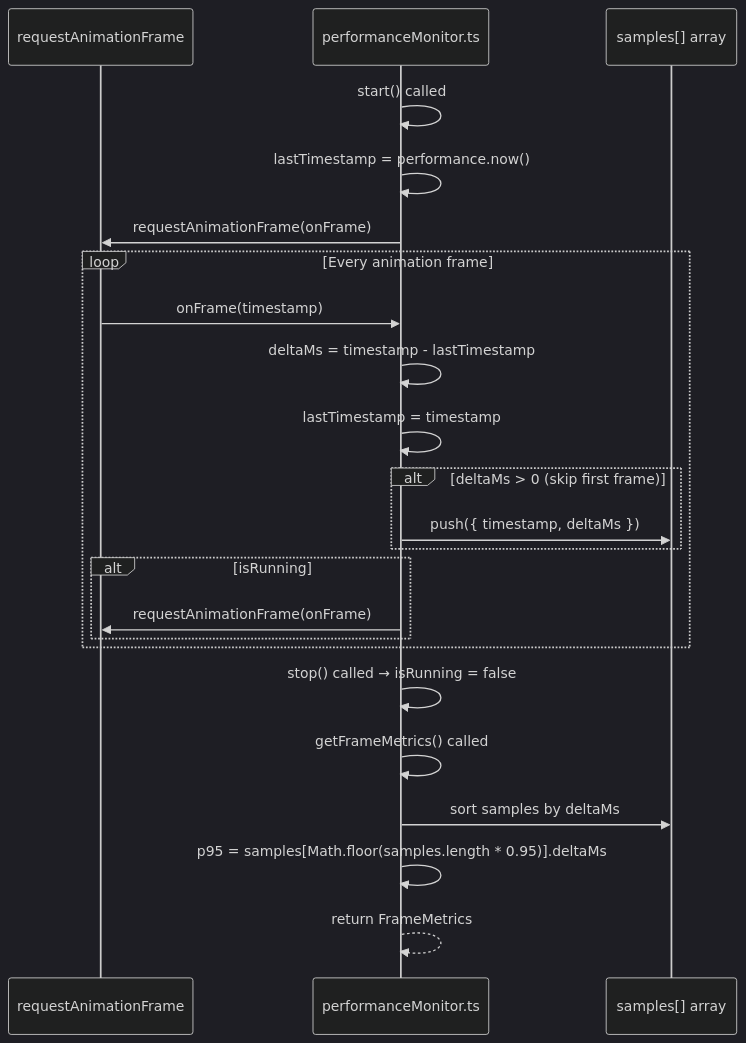
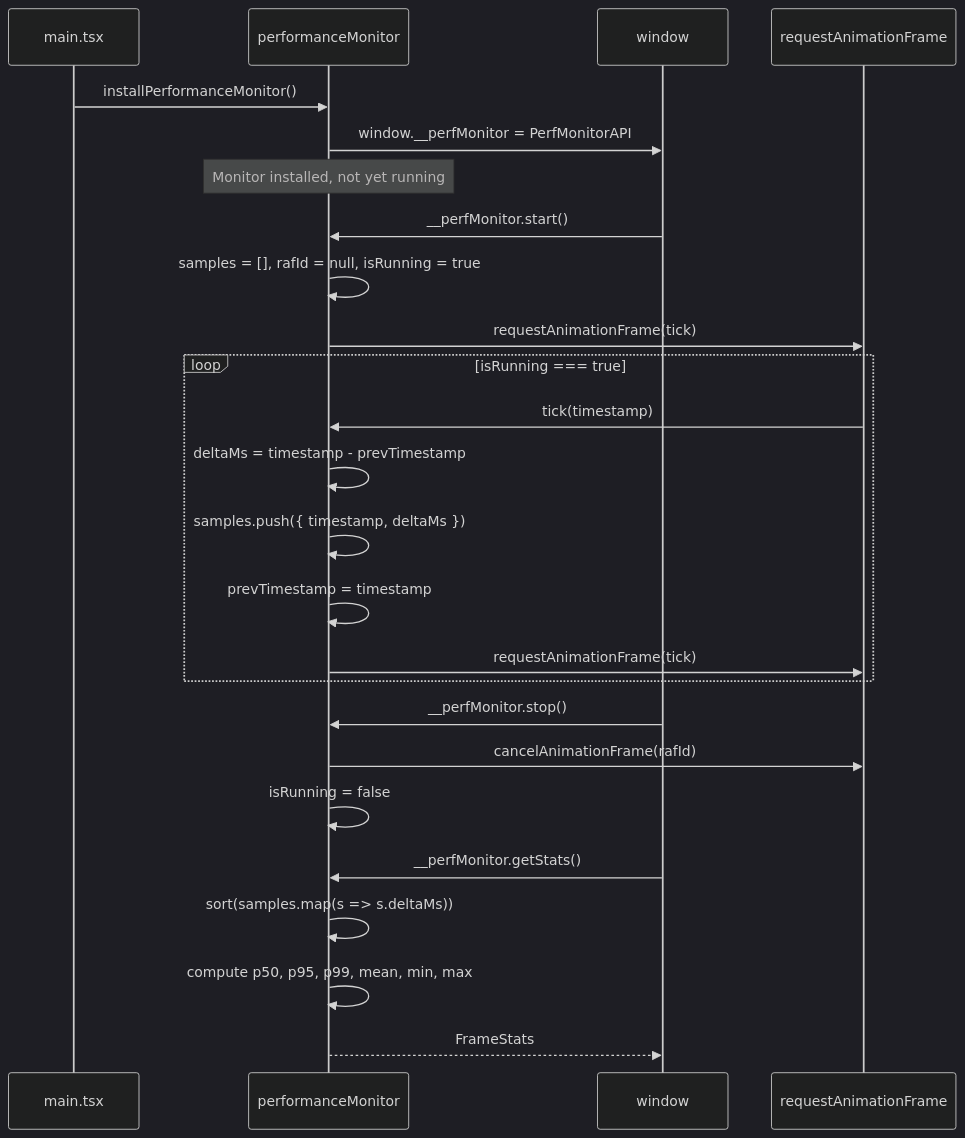
Before and after one commit to sreenivasmrpivot/legobuilder: the third of 4 diagrams in docs/features/NFR-PERF-001/LOW_LEVEL_DESIGN.md, drawn with Mermaid (dark theme). The commit also changed other lines of this file, not shown here.

First line of the commit message:
docs: LLD for NFR-PERF-001 — Enforce ≥60 FPS frame rate with 500 bricks via automated performance tests

````diff
--- a/docs/features/NFR-PERF-001/LOW_LEVEL_DESIGN.md
+++ b/docs/features/NFR-PERF-001/LOW_LEVEL_DESIGN.md
@@ -309,28 +324,32 @@
 ```mermaid
 sequenceDiagram
+    participant APP as main.tsx
+    participant PM as performanceMonitor
+    participant WIN as window
     participant RAF as requestAnimationFrame
-    participant PM as performanceMonitor.ts
-    participant SA as samples[] array
 
-    PM->>PM: start() called
-    PM->>PM: lastTimestamp = performance.now()
-    PM->>RAF: requestAnimationFrame(onFrame)
+    APP->>PM: installPerformanceMonitor()
+    PM->>WIN: window.__perfMonitor = PerfMonitorAPI
+    Note over PM: Monitor installed, not yet running
 
-    loop Every animation frame
-        RAF->>PM: onFrame(timestamp)
-        PM->>PM: deltaMs = timestamp - lastTimestamp
-        PM->>PM: lastTimestamp = timestamp
-        alt deltaMs > 0 (skip first frame)
-            PM->>SA: push({ timestamp, deltaMs })
-        end
-        alt isRunning
-            PM->>RAF: requestAnimationFrame(onFrame)
-        end
+    WIN->>PM: __perfMonitor.start()
+    PM->>PM: samples = [], rafId = null, isRunning = true
+    PM->>RAF: requestAnimationFrame(tick)
+
+    loop isRunning === true
+        RAF->>PM: tick(timestamp)
+        PM->>PM: deltaMs = timestamp - prevTimestamp
+        PM->>PM: samples.push({ timestamp, deltaMs })
+        PM->>PM: prevTimestamp = timestamp
+        PM->>RAF: requestAnimationFrame(tick)
     end
 
-    PM->>PM: stop() called → isRunning = false
-    PM->>PM: getFrameMetrics() called
-    PM->>SA: sort samples by deltaMs
-    PM->>PM: p95 = samples[Math.floor(samples.length * 0.95)].deltaMs
-    PM-->>PM: return FrameMetrics
+    WIN->>PM: __perfMonitor.stop()
+    PM->>RAF: cancelAnimationFrame(rafId)
+    PM->>PM: isRunning = false
+
+    WIN->>PM: __perfMonitor.getStats()
+    PM->>PM: sort(samples.map(s => s.deltaMs))
+    PM->>PM: compute p50, p95, p99, mean, min, max
+    PM-->>WIN: FrameStats
 ```
````
